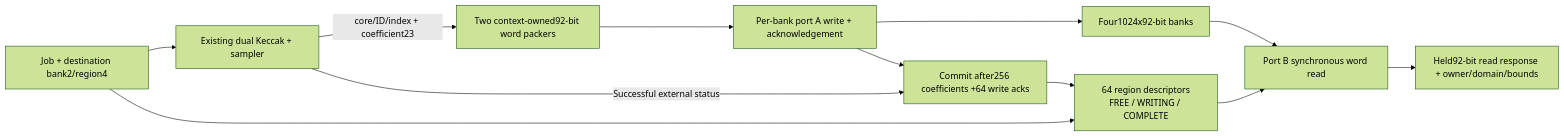
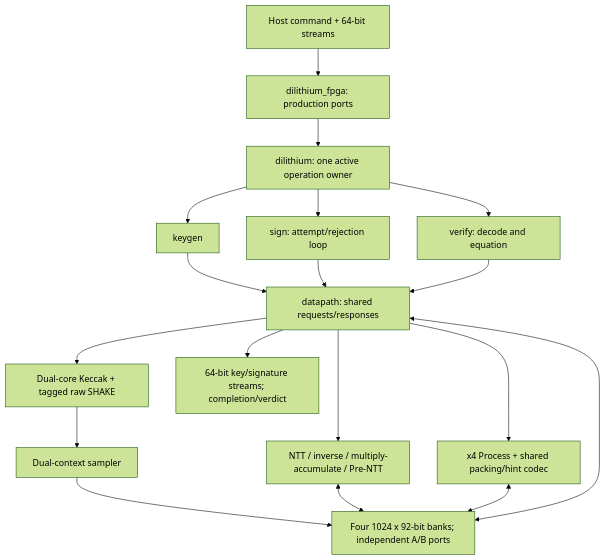
The diagram in docs/dilithium_docs/ARCHITECTURE.md (AbdulAhad36/dilithium-hp-hw), drawn with Mermaid (forest theme) before and after one commit. The commit also changed other lines of this file and 312 other files, not shown here.

````diff
--- a/docs/dilithium_docs/ARCHITECTURE.md
+++ b/docs/dilithium_docs/ARCHITECTURE.md
@@ -805,14 +7,20 @@
 ```mermaid
-flowchart LR
-  J["Job + destination bank2/region4"] --> H["Existing dual Keccak + sampler"]
-  J --> D["64 region descriptors<br/>FREE / WRITING / COMPLETE"]
-  H -->|"core/ID/index + coefficient23"| P["Two context-owned92-bit word packers"]
-  P --> W["Per-bank port A write + acknowledgement"]
-  W --> B["Four1024x92-bit banks"]
-  B --> R["Port B synchronous word read"]
-  D --> R
-  R --> O["Held92-bit read response + owner/domain/bounds"]
-  H -->|"Successful external status"| C["Commit after256 coefficients +64 write acks"]
-  W --> C
-  C --> D
+flowchart TD
+  HOST["Host command + 64-bit streams"] --> TOP["dilithium_fpga: production ports"]
+  TOP --> MAIN["dilithium: one active operation owner"]
+  MAIN --> KG["keygen"]
+  MAIN --> SIGN["sign: attempt/rejection loop"]
+  MAIN --> VERIFY["verify: decode and equation"]
+  KG --> SHARED["datapath: shared requests/responses"]
+  SIGN --> SHARED
+  VERIFY --> SHARED
+  SHARED --> HASH["Dual-core Keccak + tagged raw SHAKE"]
+  HASH --> SAMPLE["Dual-context sampler"]
+  SHARED --> NTT["NTT / inverse / multiply-accumulate / Pre-NTT"]
+  SHARED --> PROCESS["x4 Process + shared packing/hint codec"]
+  SAMPLE --> MEM["Four 1024 x 92-bit banks; independent A/B ports"]
+  NTT <--> MEM
+  PROCESS <--> MEM
+  SHARED <--> MEM
+  SHARED --> OUT["64-bit key/signature streams; completion/verdict"]
 ```
````
